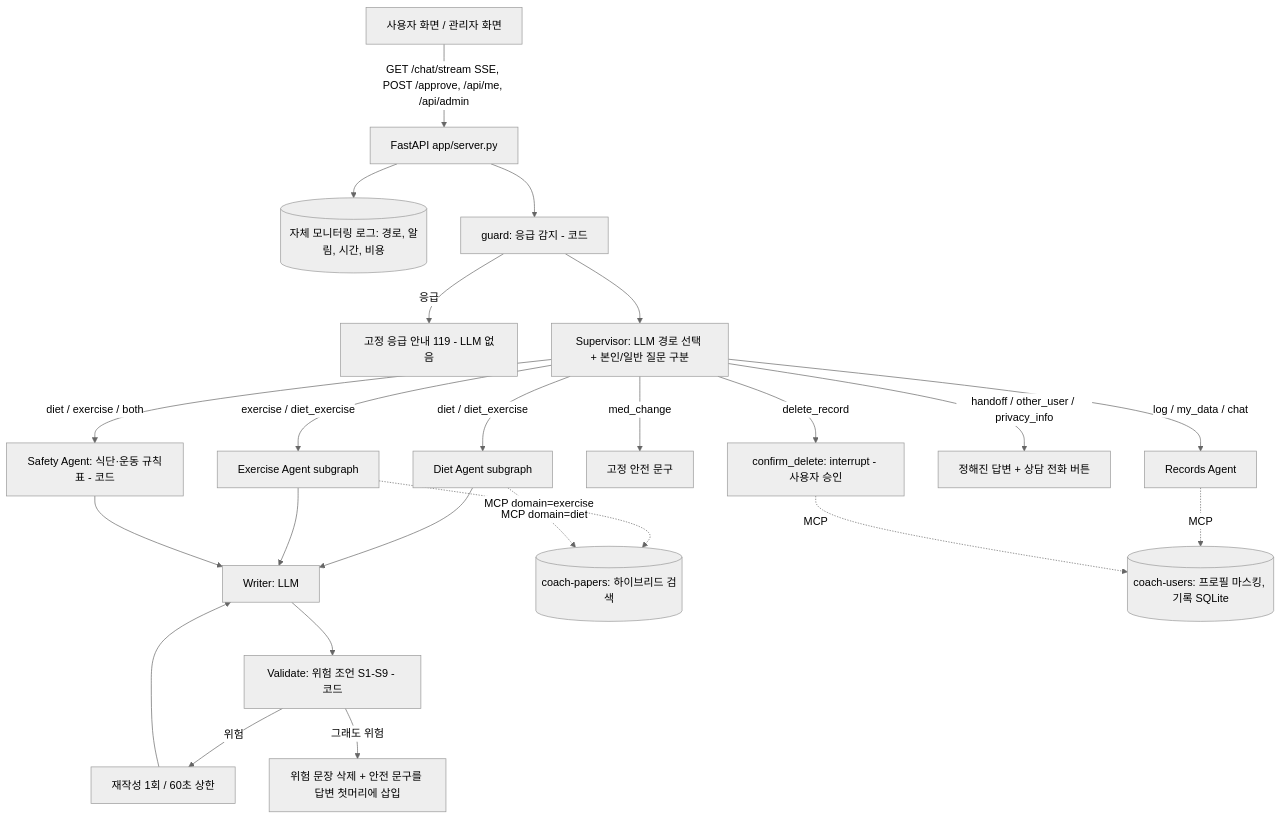
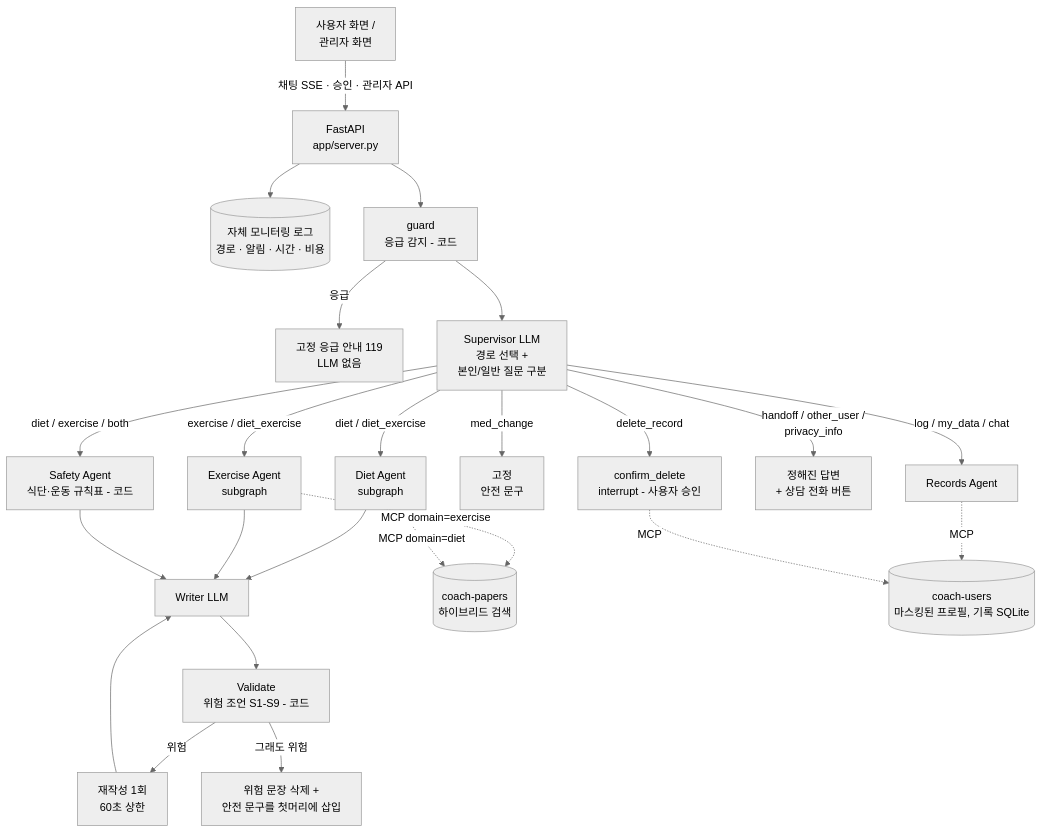
The diagram in docs/ARCHITECTURE.md (sihunwang-skala/health-coach-multi-agent), drawn with Mermaid (neutral theme) before and after one commit. The commit also changed other lines of this file and 25 other files, not shown here.

````diff
--- a/docs/ARCHITECTURE.md
+++ b/docs/ARCHITECTURE.md
@@ -3,25 +3,25 @@
 ```mermaid
 flowchart TD
-  U[사용자 화면 / 관리자 화면] -->|GET /chat/stream SSE, POST /approve, /api/me, /api/admin| API[FastAPI app/server.py]
-  API --> LOG[(자체 모니터링 로그: 경로, 알림, 시간, 비용)]
-  API --> G[guard: 응급 감지 - 코드]
-  G -->|응급| EM[고정 응급 안내 119 - LLM 없음]
-  G --> S[Supervisor: LLM 경로 선택 + 본인/일반 질문 구분]
-  S -->|diet / diet_exercise| DA[Diet Agent subgraph]
-  S -->|exercise / diet_exercise| EV[Exercise Agent subgraph]
-  S -->|diet / exercise / both| SA[Safety Agent: 식단·운동 규칙표 - 코드]
-  S -->|med_change| MC[고정 안전 문구]
+  U[사용자 화면 /<br/>관리자 화면] -->|채팅 SSE · 승인 · 관리자 API| API[FastAPI<br/>app/server.py]
+  API --> LOG[(자체 모니터링 로그<br/>경로 · 알림 · 시간 · 비용)]
+  API --> G[guard<br/>응급 감지 - 코드]
+  G -->|응급| EM[고정 응급 안내 119<br/>LLM 없음]
+  G --> S[Supervisor LLM<br/>경로 선택 +<br/>본인/일반 질문 구분]
+  S -->|diet / diet_exercise| DA[Diet Agent<br/>subgraph]
+  S -->|exercise / diet_exercise| EV[Exercise Agent<br/>subgraph]
+  S -->|diet / exercise / both| SA[Safety Agent<br/>식단·운동 규칙표 - 코드]
+  S -->|med_change| MC[고정<br/>안전 문구]
   S -->|log / my_data / chat| RC[Records Agent]
-  S -->|handoff / other_user / privacy_info| FX[정해진 답변 + 상담 전화 버튼]
-  S -->|delete_record| HD[confirm_delete: interrupt - 사용자 승인]
-  DA --> W[Writer: LLM]
+  S -->|handoff / other_user /<br/>privacy_info| FX[정해진 답변<br/>+ 상담 전화 버튼]
+  S -->|delete_record| HD[confirm_delete<br/>interrupt - 사용자 승인]
+  DA --> W[Writer LLM]
   EV --> W
   SA --> W
-  W --> V[Validate: 위험 조언 S1-S9 - 코드]
-  V -->|위험| RT[재작성 1회 / 60초 상한] --> W
-  V -->|그래도 위험| RM[위험 문장 삭제 + 안전 문구를 답변 첫머리에 삽입]
-  EV -. MCP domain=exercise .-> P[(coach-papers: 하이브리드 검색)]
+  W --> V[Validate<br/>위험 조언 S1-S9 - 코드]
+  V -->|위험| RT[재작성 1회<br/>60초 상한] --> W
+  V -->|그래도 위험| RM[위험 문장 삭제 +<br/>안전 문구를 첫머리에 삽입]
+  EV -. MCP domain=exercise .-> P[(coach-papers<br/>하이브리드 검색)]
   DA -. MCP domain=diet .-> P
-  RC -. MCP .-> UDB[(coach-users: 프로필 마스킹, 기록 SQLite)]
+  RC -. MCP .-> UDB[(coach-users<br/>마스킹된 프로필, 기록 SQLite)]
   HD -. MCP .-> UDB
 ```
````
